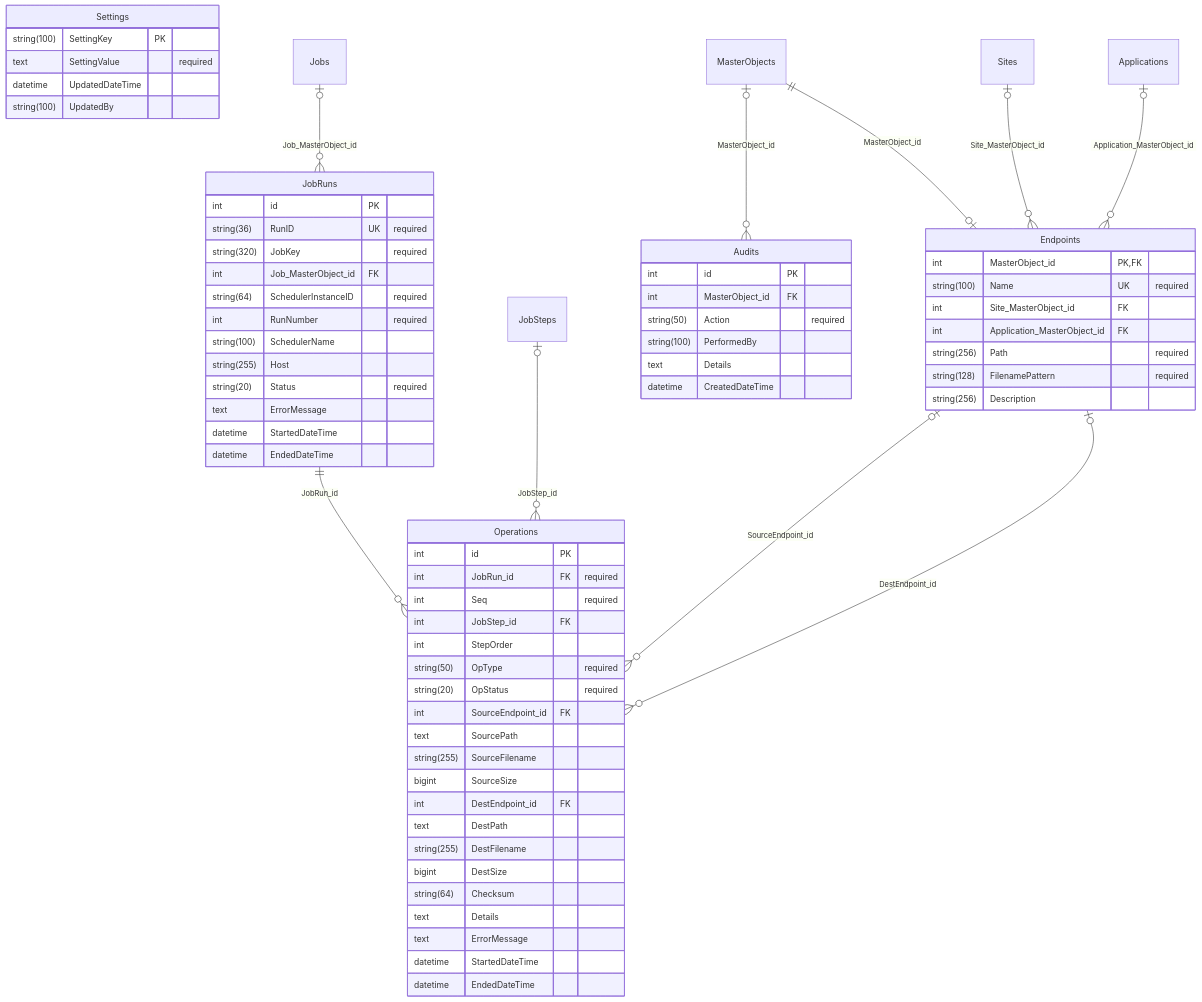
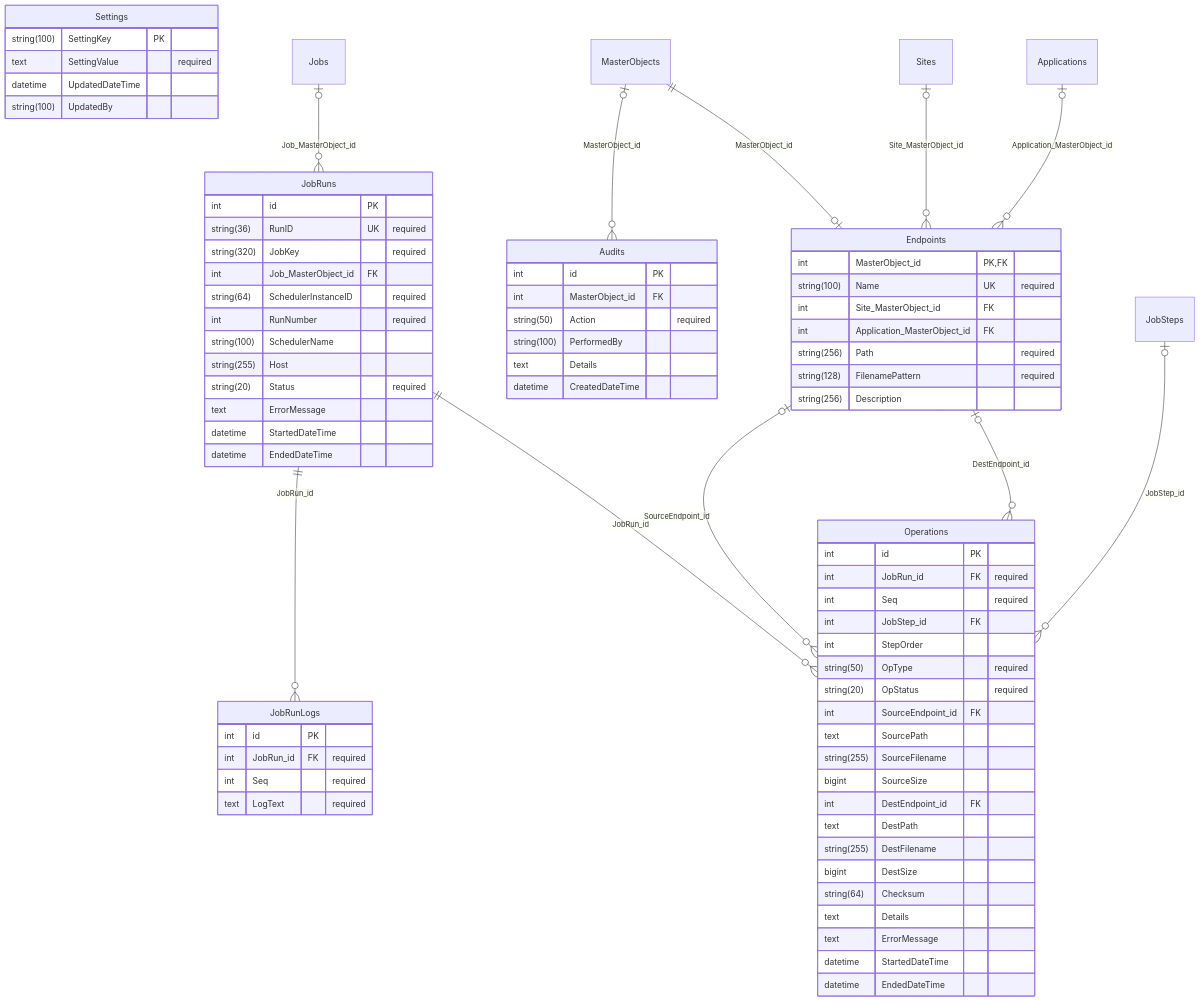
Before and after one commit to JayCBoal/AutomationApp: the fourth of 4 diagrams in docs/DB_SCHEMA.md, drawn with Mermaid. The commit also changed other lines of this file and 30 other files, not shown here.

First line of the commit message:
Run jobs from the web interface and keep each run's job log

````diff
--- a/docs/DB_SCHEMA.md
+++ b/docs/DB_SCHEMA.md
@@ -171,71 +172,78 @@
 ```mermaid
 erDiagram
     Endpoints {
         int MasterObject_id PK, FK
         string(100) Name UK "required"
         int Site_MasterObject_id FK
         int Application_MasterObject_id FK
         string(256) Path "required"
         string(128) FilenamePattern "required"
         string(256) Description
     }
     JobRuns {
         int id PK
         string(36) RunID UK "required"
         string(320) JobKey "required"
         int Job_MasterObject_id FK
         string(64) SchedulerInstanceID "required"
         int RunNumber "required"
         string(100) SchedulerName
         string(255) Host
         string(20) Status "required"
         text ErrorMessage
         datetime StartedDateTime
         datetime EndedDateTime
+    }
+    JobRunLogs {
+        int id PK
+        int JobRun_id FK "required"
+        int Seq "required"
+        text LogText "required"
     }
     Operations {
         int id PK
         int JobRun_id FK "required"
         int Seq "required"
         int JobStep_id FK
         int StepOrder
         string(50) OpType "required"
         string(20) OpStatus "required"
         int SourceEndpoint_id FK
         text SourcePath
         string(255) SourceFilename
         bigint SourceSize
         int DestEndpoint_id FK
         text DestPath
         string(255) DestFilename
         bigint DestSize
         string(64) Checksum
         text Details
         text ErrorMessage
         datetime StartedDateTime
         datetime EndedDateTime
     }
     Audits {
         int id PK
         int MasterObject_id FK
         string(50) Action "required"
         string(100) PerformedBy
         text Details
         datetime CreatedDateTime
     }
     Settings {
         string(100) SettingKey PK
         text SettingValue "required"
         datetime UpdatedDateTime
         string(100) UpdatedBy
     }
     MasterObjects |o--o{ Audits : "MasterObject_id"
     Jobs |o--o{ JobRuns : "Job_MasterObject_id"
     MasterObjects ||--o| Endpoints : "MasterObject_id"
     Sites |o--o{ Endpoints : "Site_MasterObject_id"
     Applications |o--o{ Endpoints : "Application_MasterObject_id"
+    JobRuns ||--o{ JobRunLogs : "JobRun_id"
     JobRuns ||--o{ Operations : "JobRun_id"
     JobSteps |o--o{ Operations : "JobStep_id"
     Endpoints |o--o{ Operations : "SourceEndpoint_id"
     Endpoints |o--o{ Operations : "DestEndpoint_id"
 ```
````
